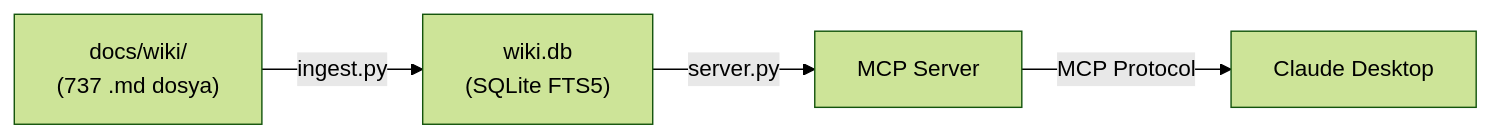
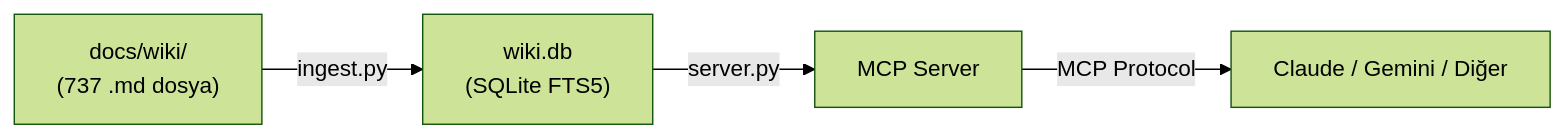
The first of 5 diagrams in README.md (tasdeleno/SiberSelma), drawn with Mermaid (forest theme) before and after one commit. The commit also changed other lines of this file and 1 other file, not shown here.

Commit message:
feat: add Gemini CLI support, multi-platform docs, detailed usage examples

````diff
--- a/README.md
+++ b/README.md
@@ -141,6 +316,6 @@
 ```mermaid
 graph LR
     A["docs/wiki/\n(737 .md dosya)"] -->|ingest.py| B["wiki.db\n(SQLite FTS5)"]
     B -->|server.py| C["MCP Server"]
-    C -->|MCP Protocol| D["Claude Desktop"]
+    C -->|MCP Protocol| D["Claude / Gemini / Diğer"]
 ```
````
